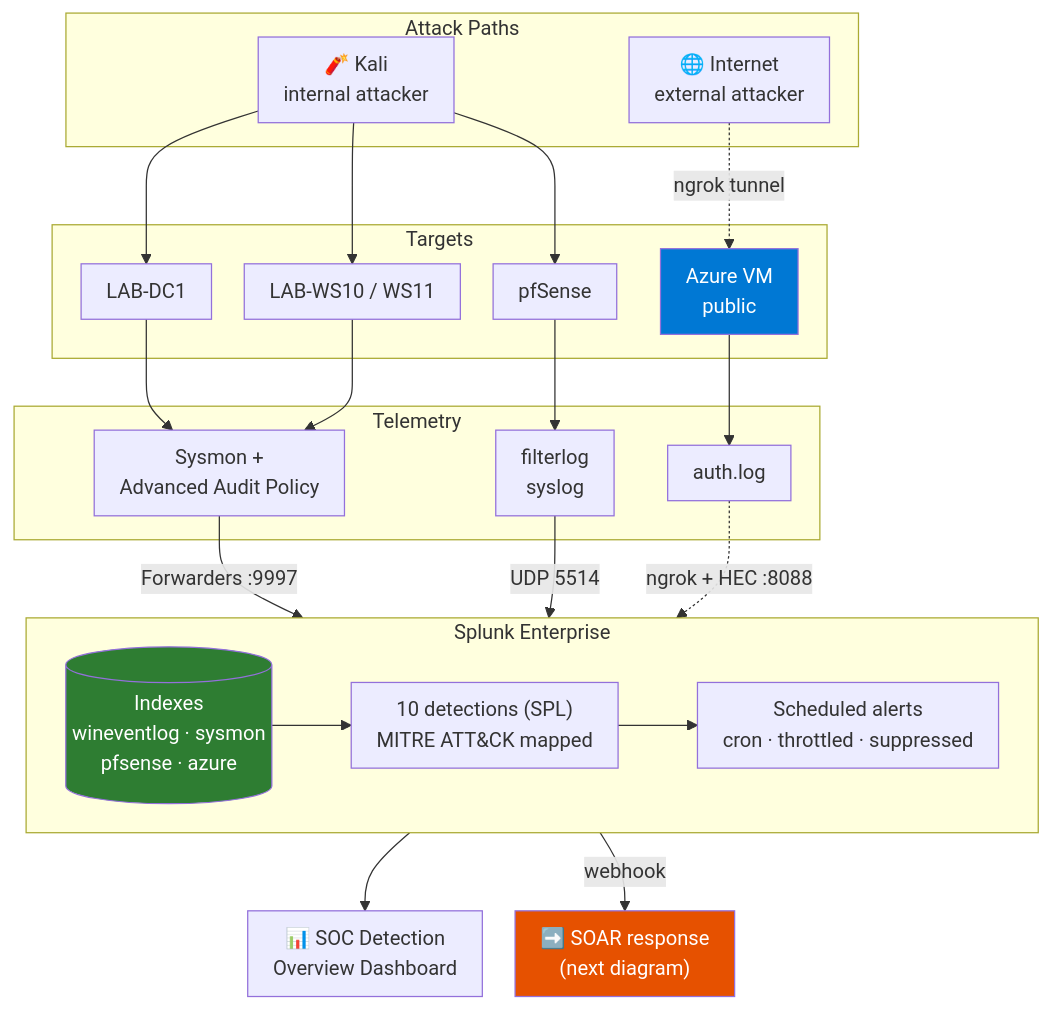
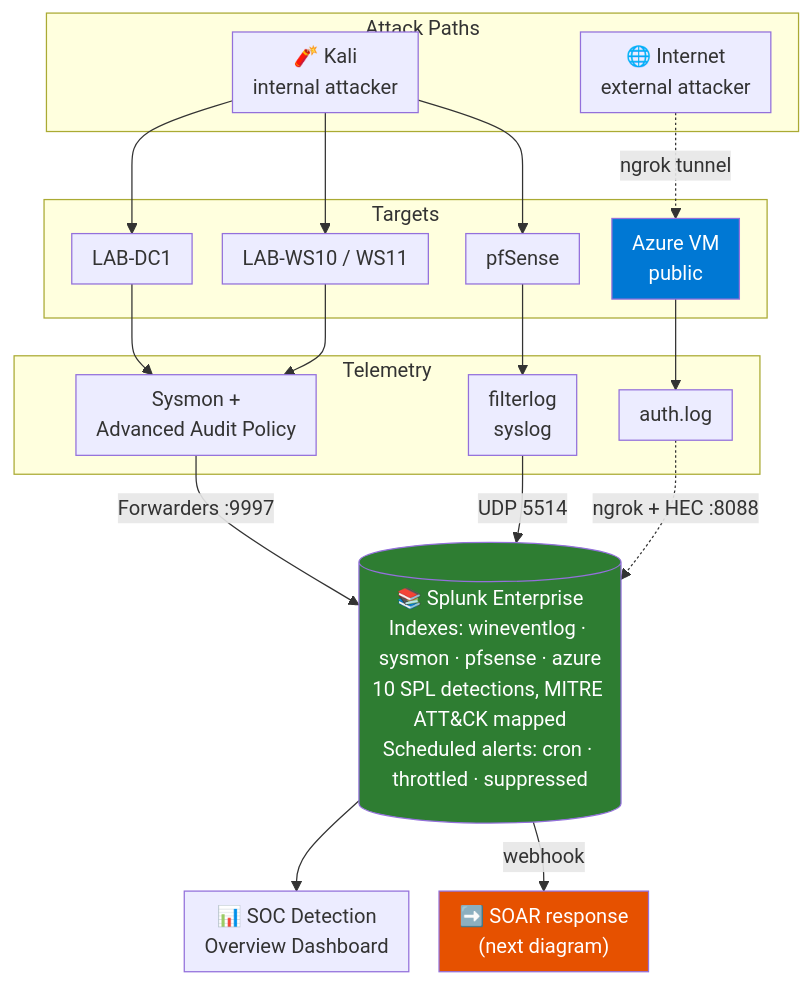
Before and after one commit to ahhmedmostafaa/SOC-SIEM-SOAR-HomeLab: the first of 2 diagrams in architecture/README.md, drawn with Mermaid. The commit also changed other lines of this file, not shown here.

````diff
--- a/architecture/README.md
+++ b/architecture/README.md
@@ -11,51 +11,45 @@
 ```mermaid
-%%{init: {"flowchart": {"nodeSpacing": 26, "rankSpacing": 38, "padding": 10}}}%%
+%%{init: {"flowchart": {"nodeSpacing": 24, "rankSpacing": 30, "padding": 8}}}%%
 flowchart TB
     subgraph ATK["Attack Paths"]
         KALI["🧨 Kali<br/>internal attacker"]
         INET["🌐 Internet<br/>external attacker"]
     end
 
     subgraph TGT["Targets"]
         DC["LAB-DC1"]
         WS["LAB-WS10 / WS11"]
         FW["pfSense"]
         AZ["Azure VM<br/>public"]
     end
 
     subgraph TEL["Telemetry"]
         SYSMON["Sysmon +<br/>Advanced Audit Policy"]
         FWLOG["filterlog<br/>syslog"]
         AUTHLOG["auth.log"]
     end
 
-    subgraph SIEM["Splunk Enterprise"]
-        direction LR
-        IDX[("Indexes<br/>wineventlog · sysmon<br/>pfsense · azure")]
-        SPL["10 detections (SPL)<br/>MITRE ATT&CK mapped"]
-        ALERT["Scheduled alerts<br/>cron · throttled · suppressed"]
-        IDX --> SPL --> ALERT
-    end
+    SIEM[("📚 Splunk Enterprise<br/>Indexes: wineventlog · sysmon · pfsense · azure<br/>10 SPL detections, MITRE ATT&CK mapped<br/>Scheduled alerts: cron · throttled · suppressed")]
 
     DASH["📊 SOC Detection<br/>Overview Dashboard"]
     SOAR["➡️ SOAR response<br/>(next diagram)"]
 
     KALI --> DC & WS & FW
     INET -. ngrok tunnel .-> AZ
 
     DC --> SYSMON
     WS --> SYSMON
     FW --> FWLOG
     AZ --> AUTHLOG
 
     SYSMON -- "Forwarders :9997" --> SIEM
     FWLOG -- "UDP 5514" --> SIEM
     AUTHLOG -. "ngrok + HEC :8088" .-> SIEM
 
     SIEM --> DASH
     SIEM -- "webhook" --> SOAR
 
-    style IDX fill:#2e7d32,color:#fff
+    style SIEM fill:#2e7d32,color:#fff
     style AZ fill:#0078d4,color:#fff
     style SOAR fill:#e65100,color:#fff
 ```
````
